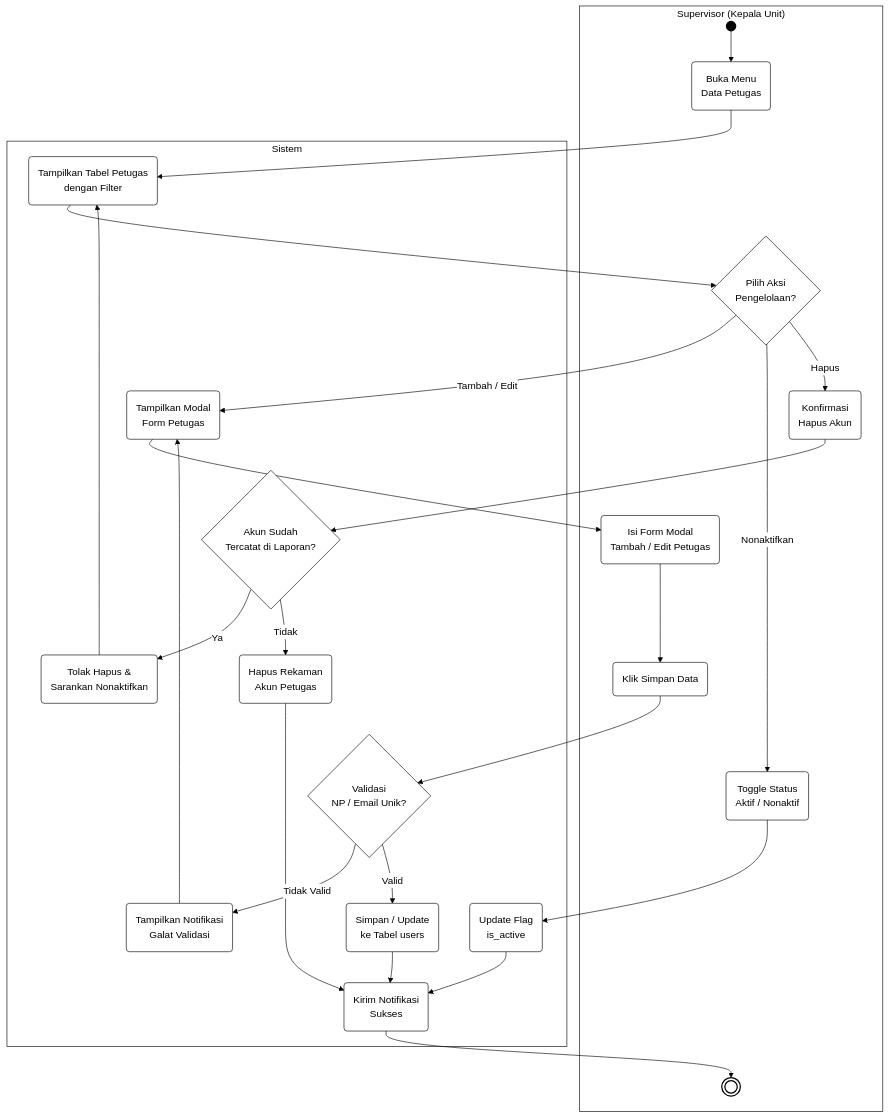
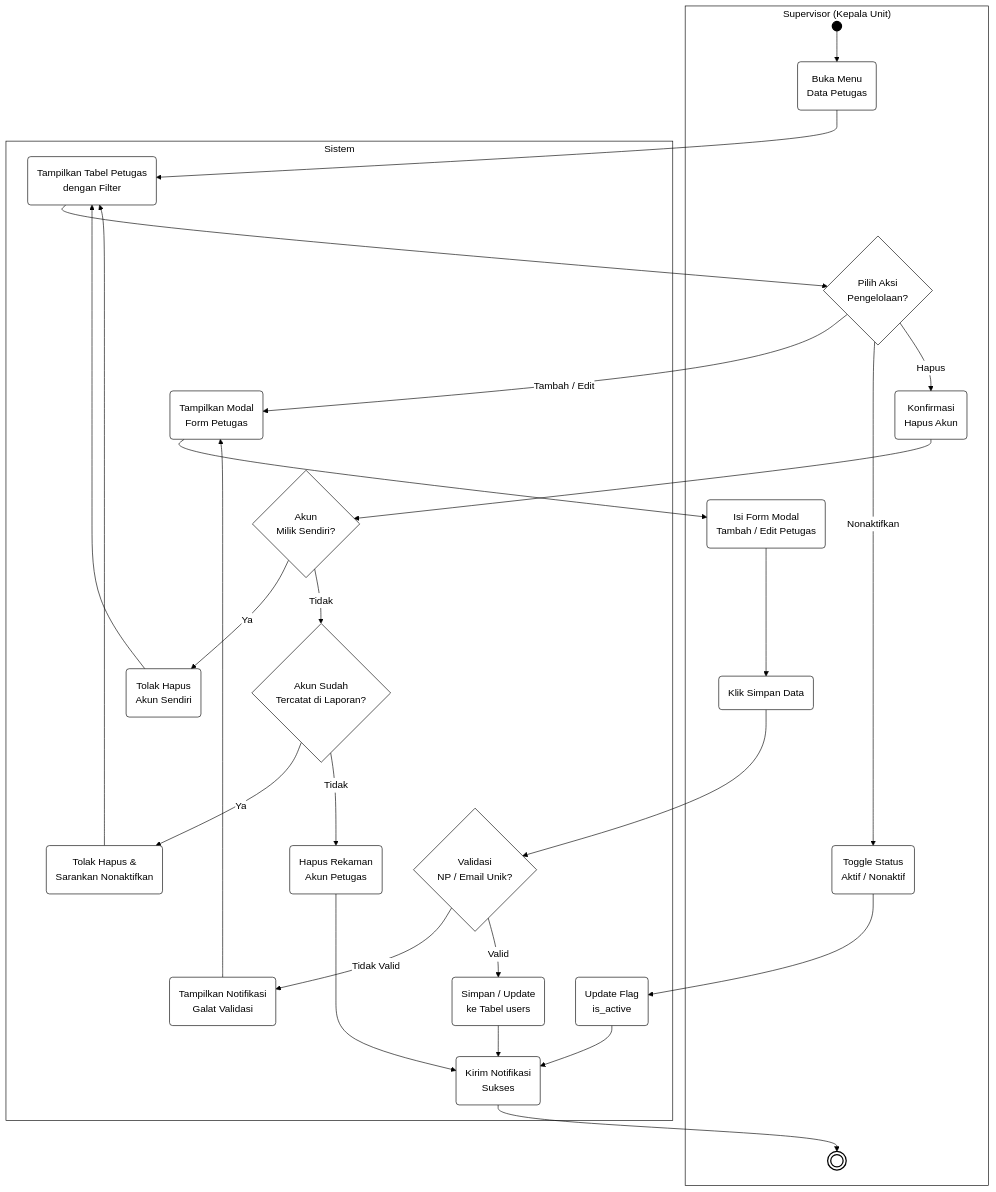
Before and after one commit to ZulfikarHD/scan-produksi: the fifth of 11 diagrams in docs/BAB_III_Draft.md, drawn with Mermaid. The commit also changed other lines of this file, not shown here.

````diff
--- a/docs/BAB_III_Draft.md
+++ b/docs/BAB_III_Draft.md
@@ -451,52 +452,57 @@
 ```mermaid
 %%{init: {'theme': 'base', 'themeVariables': { 'primaryColor': '#ffffff', 'primaryBorderColor': '#000000', 'primaryTextColor': '#000000', 'lineColor': '#000000', 'textColor': '#000000', 'clusterBkg': '#ffffff', 'clusterBorder': '#000000', 'edgeLabelBackground':'#ffffff' }}}%%
 flowchart TD
     subgraph Supervisor ["Supervisor (Kepala Unit)"]
         SP_Start(( ))
         SP_Buka(Buka Menu<br/>Data Petugas)
         SP_Pilih{Pilih Aksi<br/>Pengelolaan?}
         SP_Input(Isi Form Modal<br/>Tambah / Edit Petugas)
         SP_Simpan(Klik Simpan Data)
         SP_Toggle(Toggle Status<br/>Aktif / Nonaktif)
         SP_Hapus(Konfirmasi<br/>Hapus Akun)
         SP_End((( )))
     end
 
     subgraph Sistem ["Sistem"]
         SS_Tampil(Tampilkan Tabel Petugas<br/>dengan Filter)
         SS_Modal(Tampilkan Modal<br/>Form Petugas)
         SS_Val{Validasi<br/>NP / Email Unik?}
         SS_Err(Tampilkan Notifikasi<br/>Galat Validasi)
         SS_Save(Simpan / Update<br/>ke Tabel users)
         SS_Status(Update Flag<br/>is_active)
+        SS_SelfCheck{Akun<br/>Milik Sendiri?}
+        SS_SelfErr(Tolak Hapus<br/>Akun Sendiri)
         SS_Del{Akun Sudah<br/>Tercatat di Laporan?}
         SS_DelErr(Tolak Hapus &<br/>Sarankan Nonaktifkan)
         SS_DelOk(Hapus Rekaman<br/>Akun Petugas)
         SS_Notif(Kirim Notifikasi<br/>Sukses)
     end
 
     SP_Start --> SP_Buka
     SP_Buka --> SS_Tampil
     SS_Tampil --> SP_Pilih
     SP_Pilih -- Tambah / Edit --> SS_Modal
     SS_Modal --> SP_Input
     SP_Input --> SP_Simpan
     SP_Simpan --> SS_Val
     SS_Val -- Tidak Valid --> SS_Err
     SS_Err --> SS_Modal
     SS_Val -- Valid --> SS_Save
     SS_Save --> SS_Notif
     SP_Pilih -- Nonaktifkan --> SP_Toggle
     SP_Toggle --> SS_Status
     SS_Status --> SS_Notif
     SP_Pilih -- Hapus --> SP_Hapus
-    SP_Hapus --> SS_Del
+    SP_Hapus --> SS_SelfCheck
+    SS_SelfCheck -- Ya --> SS_SelfErr
+    SS_SelfErr --> SS_Tampil
+    SS_SelfCheck -- Tidak --> SS_Del
     SS_Del -- Ya --> SS_DelErr
     SS_DelErr --> SS_Tampil
     SS_Del -- Tidak --> SS_DelOk
     SS_DelOk --> SS_Notif
     SS_Notif --> SP_End
 
     style SP_Start fill:#000000,stroke:#000000,stroke-width:2px;
     style SP_End fill:#ffffff,stroke:#000000,stroke-width:2px;
 ```
````
